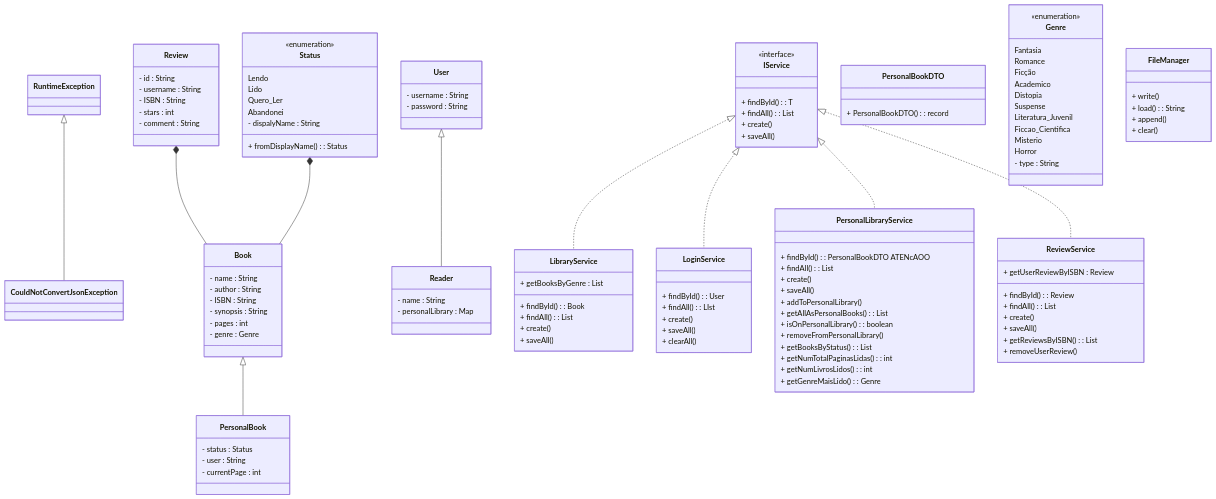
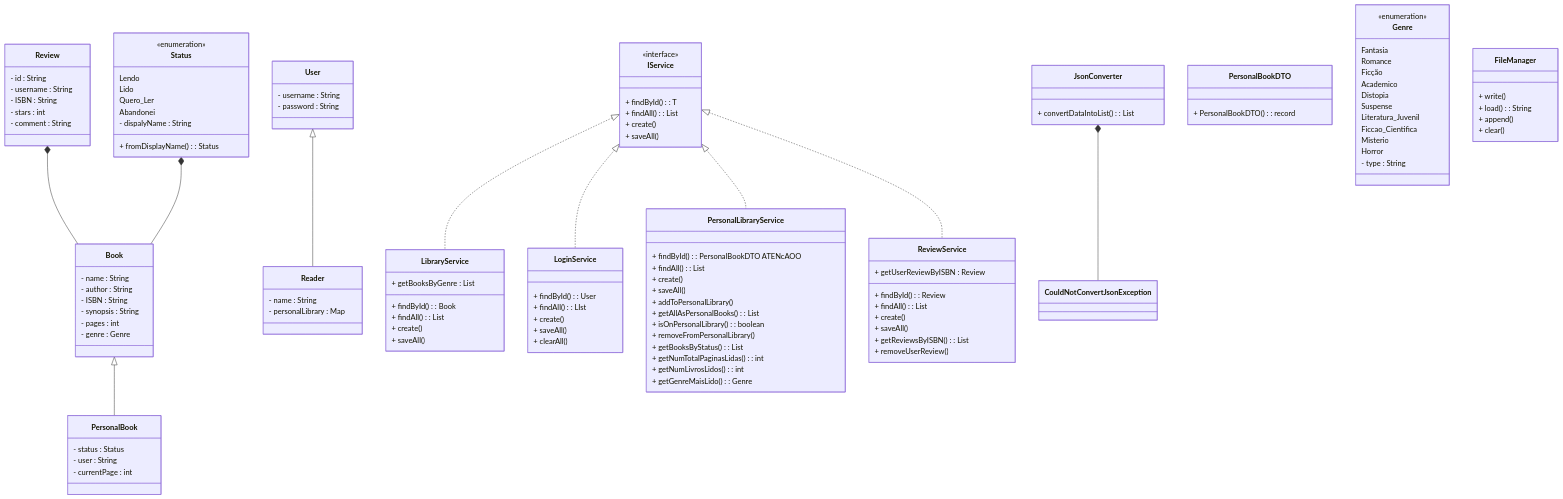
The diagram in README.md (martins-joaopedro/DCC025-TrabalhoFinal), drawn with Mermaid before and after one commit.

````diff
--- a/README.md
+++ b/README.md
@@ -4,7 +4,6 @@
 ``` mermaid
 classDiagram 
 
-RuntimeException <|-- CouldNotConvertJsonException
 Book <|-- PersonalBook
 Review *-- Book
 Status *-- Book
@@ -13,9 +12,12 @@
 IService <|.. LoginService
 IService <|.. PersonalLibraryService
 IService <|.. ReviewService
+JsonConverter *-- CouldNotConvertJsonException
 
-class RuntimeException
 class CouldNotConvertJsonException
+class JsonConverter {
+    + convertDataIntoList() : List<T>
+}
 
 class PersonalBookDTO {
     + PersonalBookDTO() : record
````
